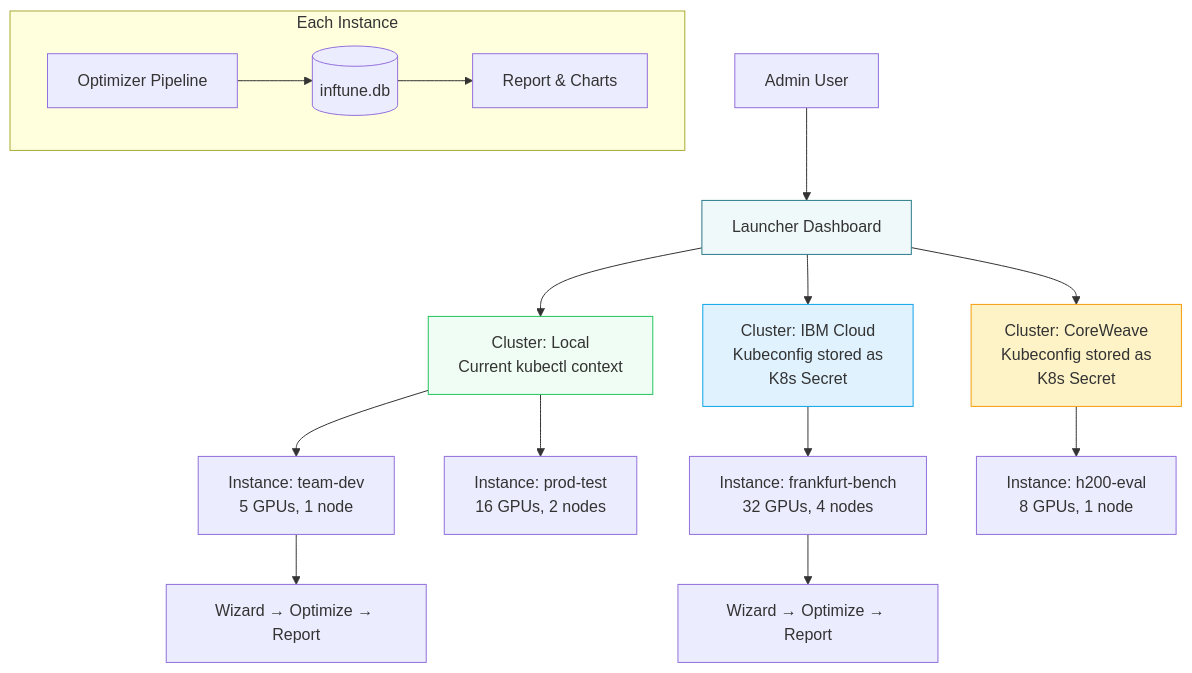
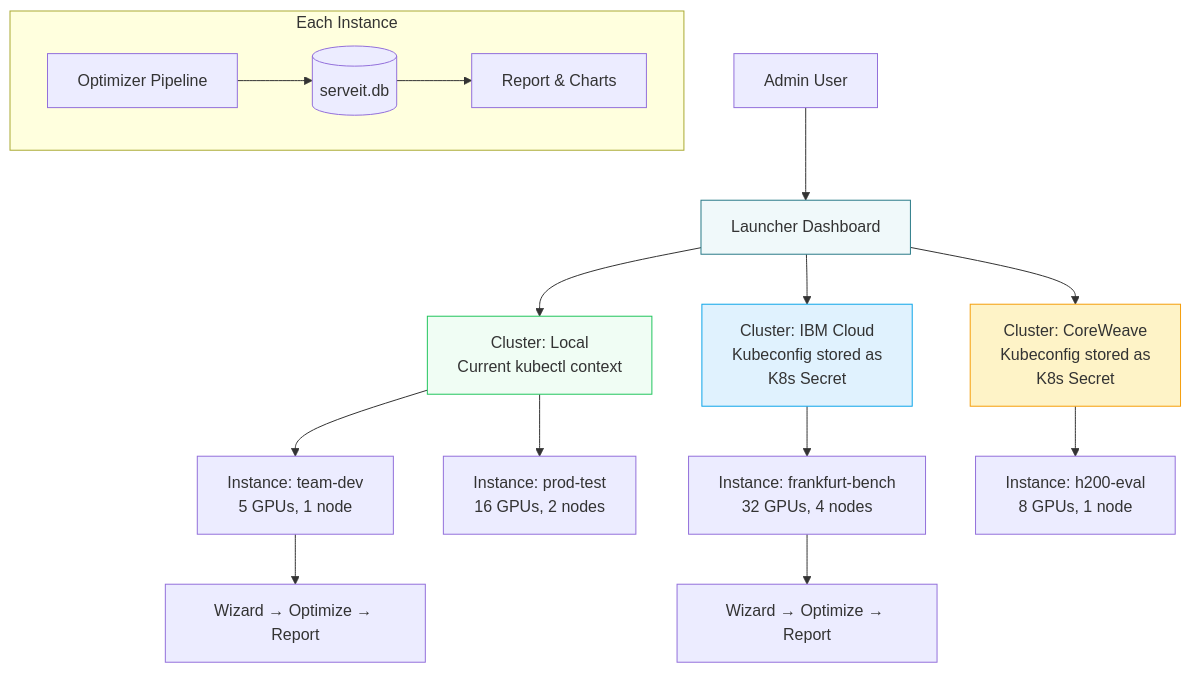
Before and after one commit to openshift-psap/serveit-studio: diagram 13 of 13 in docs/diagrams.md, drawn with Mermaid. The commit also changed other lines of this file and 5 other files, not shown here.

````diff
--- a/docs/diagrams.md
+++ b/docs/diagrams.md
@@ -449,31 +449,31 @@
 ```mermaid
 flowchart TD
     ADMIN[Admin User] --> LAUNCHER[Launcher Dashboard]
 
     LAUNCHER --> C1[Cluster: Local<br>Current kubectl context]
     LAUNCHER --> C2[Cluster: IBM Cloud<br>Kubeconfig stored as<br>K8s Secret]
     LAUNCHER --> C3[Cluster: CoreWeave<br>Kubeconfig stored as<br>K8s Secret]
 
     C1 --> I1[Instance: team-dev<br>5 GPUs, 1 node]
     C1 --> I2[Instance: prod-test<br>16 GPUs, 2 nodes]
 
     C2 --> I3[Instance: frankfurt-bench<br>32 GPUs, 4 nodes]
 
     C3 --> I4[Instance: h200-eval<br>8 GPUs, 1 node]
 
     I1 --> WIZ1[Wizard → Optimize → Report]
     I3 --> WIZ2[Wizard → Optimize → Report]
 
     subgraph Each Instance
-        DB[(inftune.db)]
+        DB[(serveit.db)]
         OPT[Optimizer Pipeline]
         RPT[Report & Charts]
         OPT --> DB
         DB --> RPT
     end
 
     style LAUNCHER fill:#f0f9fa,stroke:#2A7B88
     style C1 fill:#f0fdf4,stroke:#22c55e
     style C2 fill:#e0f2fe,stroke:#0ea5e9
     style C3 fill:#fef3c7,stroke:#f59e0b
 ```
````
